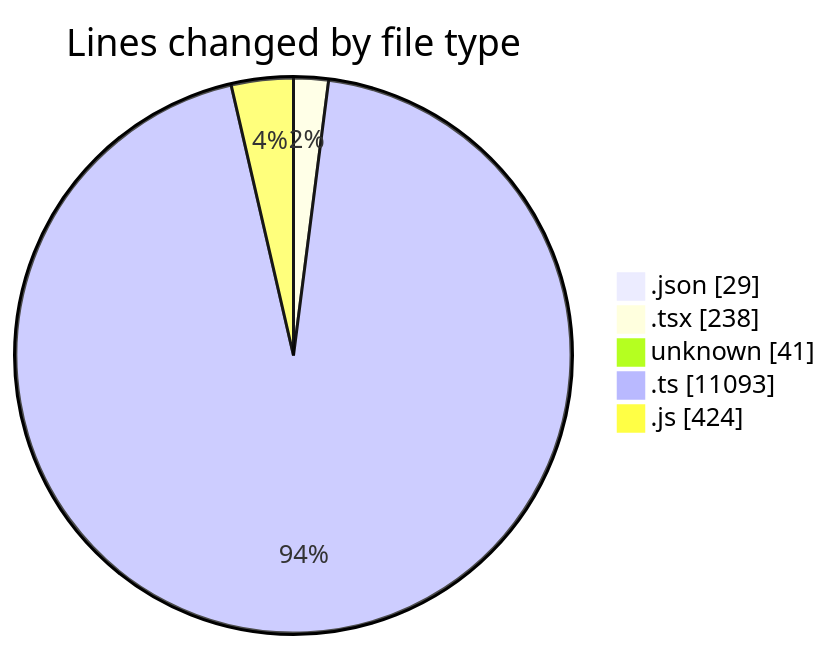
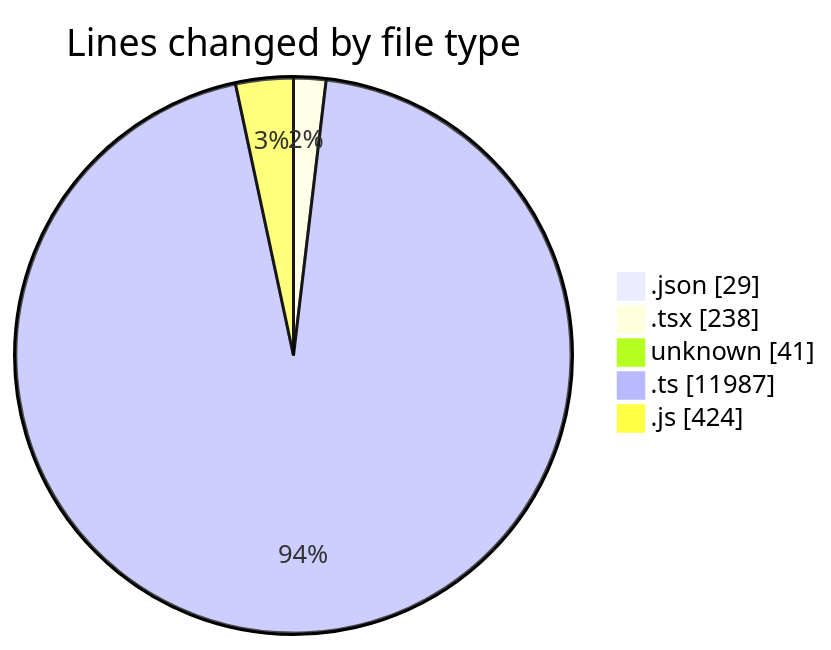
One commit to momahboobian/code-tracking changed the first of 2 diagrams in 2025-06-09/cda/README.md. Above: the diagram before and after it, drawn with Mermaid. The commit also changed other lines of this file and 1 other file, not shown here.

````diff
--- a/2025-06-09/cda/README.md
+++ b/2025-06-09/cda/README.md
@@ -28,9 +28,9 @@
 ```mermaid
 pie showData
 title Lines changed by file type
 ".json" : 29
 ".tsx" : 238
 "unknown" : 41
-".ts" : 11093
+".ts" : 11987
 ".js" : 424
 ```
````
